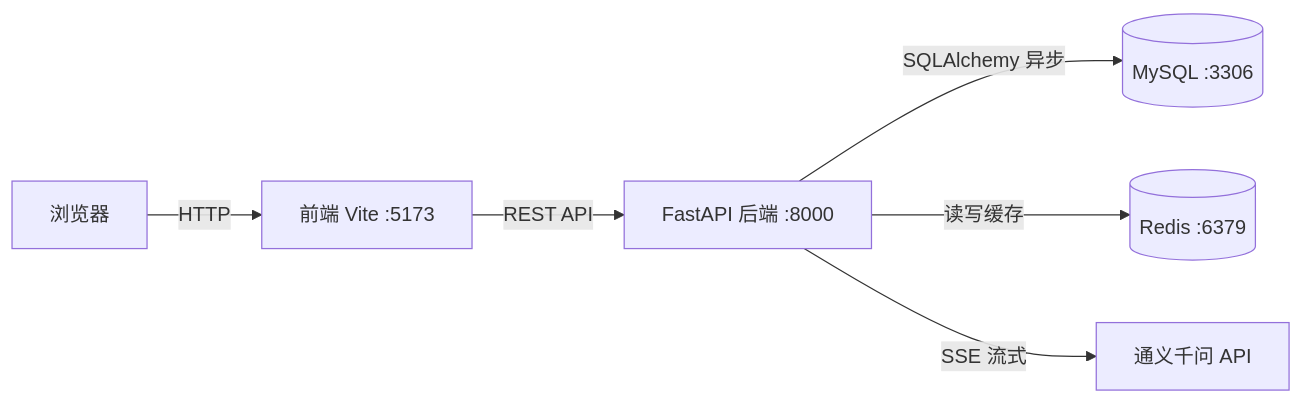
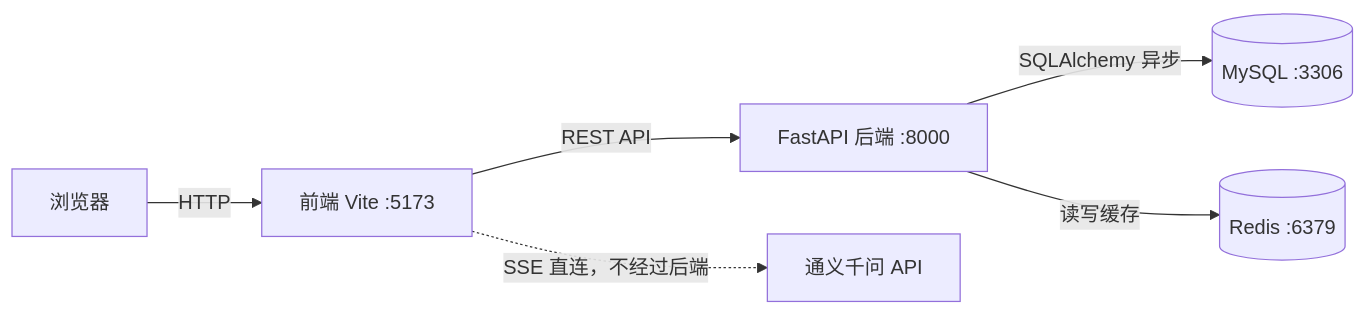
One commit to wangzhifu00/toutiao_backend changed the diagram in README.md. Above: the diagram before and after it, drawn with Mermaid. The commit also changed other lines of this file and 1 other file, not shown here.

````diff
--- a/README.md
+++ b/README.md
@@ -18,8 +18,8 @@
 ```mermaid
 graph LR
     A[浏览器] -->|HTTP| B[前端 Vite :5173]
     B -->|REST API| C[FastAPI 后端 :8000]
     C -->|SQLAlchemy 异步| D[(MySQL :3306)]
     C -->|读写缓存| E[(Redis :6379)]
-    C -->|SSE 流式| F[通义千问 API]
+    B -.->|SSE 直连，不经过后端| F[通义千问 API]
 ```
````
